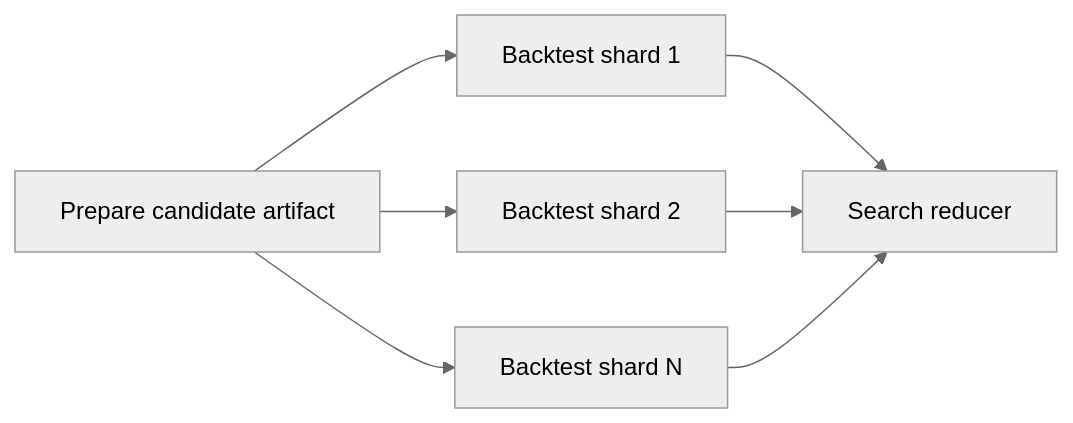
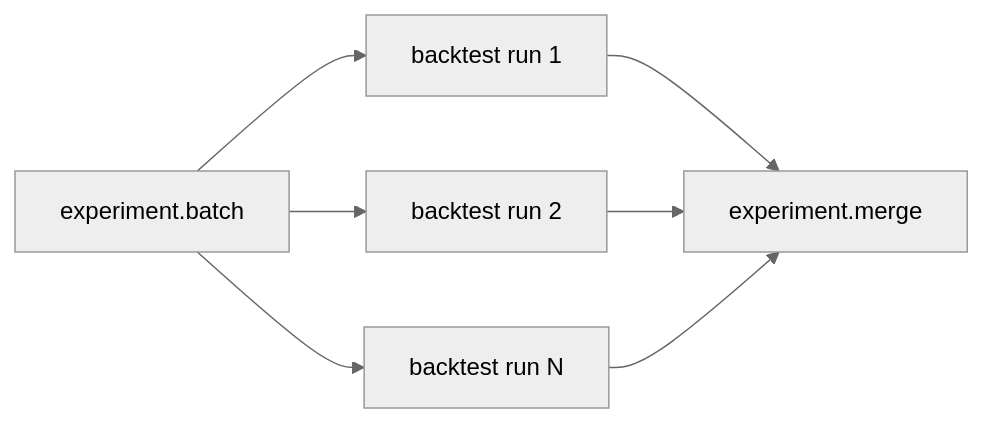
One commit to RESBI/StockStatistic changed the third of 4 diagrams in V31design/designV31/DESIGN_ARCH_DISPATCHER_V31.md. Above: the diagram before and after it, drawn with Mermaid (neutral theme). The commit also changed other lines of this file and 18 other files, not shown here.

Commit message:
V3.1 docs: finalize architecture and delivery plan

````diff
--- a/V31design/designV31/DESIGN_ARCH_DISPATCHER_V31.md
+++ b/V31design/designV31/DESIGN_ARCH_DISPATCHER_V31.md
@@ -218,9 +157,9 @@
 ```mermaid
-graph LR
-    A[Prepare candidate artifact] --> B1[Backtest shard 1]
-    A --> B2[Backtest shard 2]
-    A --> BN[Backtest shard N]
-    B1 --> R[Search reducer]
-    B2 --> R
-    BN --> R
+flowchart LR
+    J[experiment.batch] --> R1[backtest run 1]
+    J --> R2[backtest run 2]
+    J --> RN[backtest run N]
+    R1 --> M[experiment.merge]
+    R2 --> M
+    RN --> M
 ```
````
